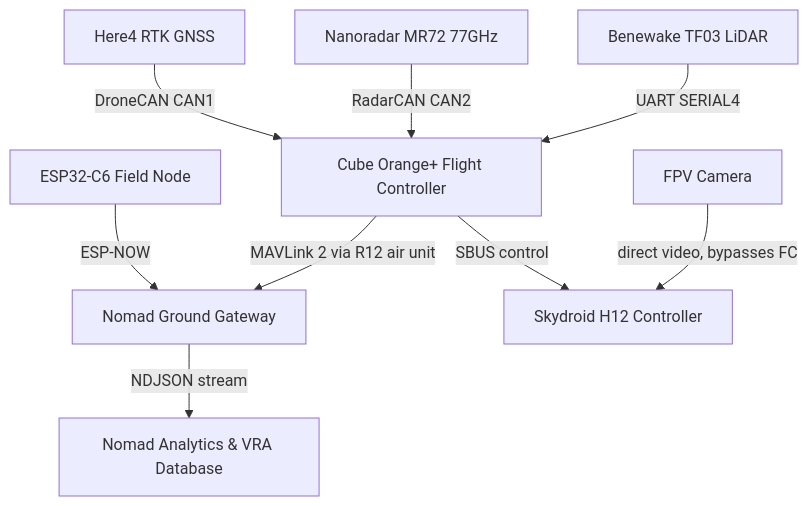
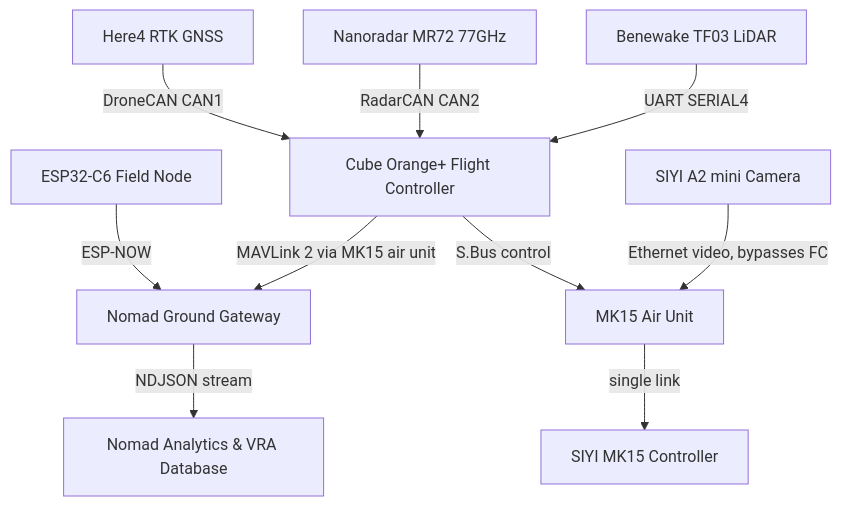
One commit to Duszed/Nomad-Aerospace-Flight-Systems changed the diagram in README.md. Above: the diagram before and after it, drawn with Mermaid. The commit also changed other lines of this file, not shown here.

````diff
--- a/README.md
+++ b/README.md
@@ -36,11 +36,12 @@
 ```mermaid
 graph TD
-    A[Cube Orange+ Flight Controller] -->|MAVLink 2 via R12 air unit| B[Nomad Ground Gateway]
-    H[FPV Camera] -->|direct video, bypasses FC| I[Skydroid H12 Controller]
-    A -->|SBUS control| I
+    A[Cube Orange+ Flight Controller] -->|MAVLink 2 via MK15 air unit| B[Nomad Ground Gateway]
+    H[SIYI A2 mini Camera] -->|Ethernet video, bypasses FC| J[MK15 Air Unit]
+    J -->|single link| I[SIYI MK15 Controller]
+    A -->|S.Bus control| J
     C[Benewake TF03 LiDAR] -->|UART SERIAL4| A
     D[Nanoradar MR72 77GHz] -->|RadarCAN CAN2| A
     G[Here4 RTK GNSS] -->|DroneCAN CAN1| A
     E[ESP32-C6 Field Node] -->|ESP-NOW| B
     B -->|NDJSON stream| F[Nomad Analytics & VRA Database]
 ```
````
